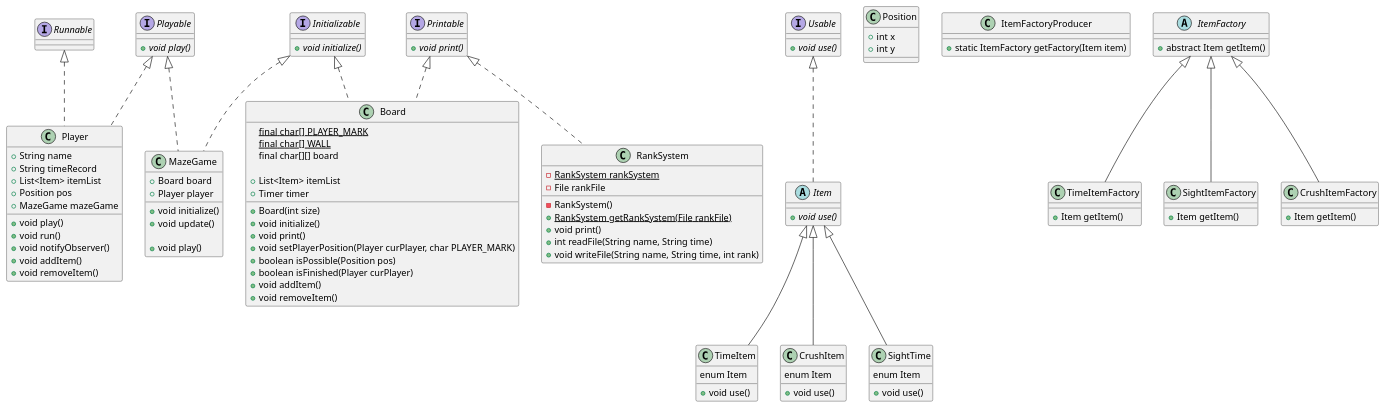
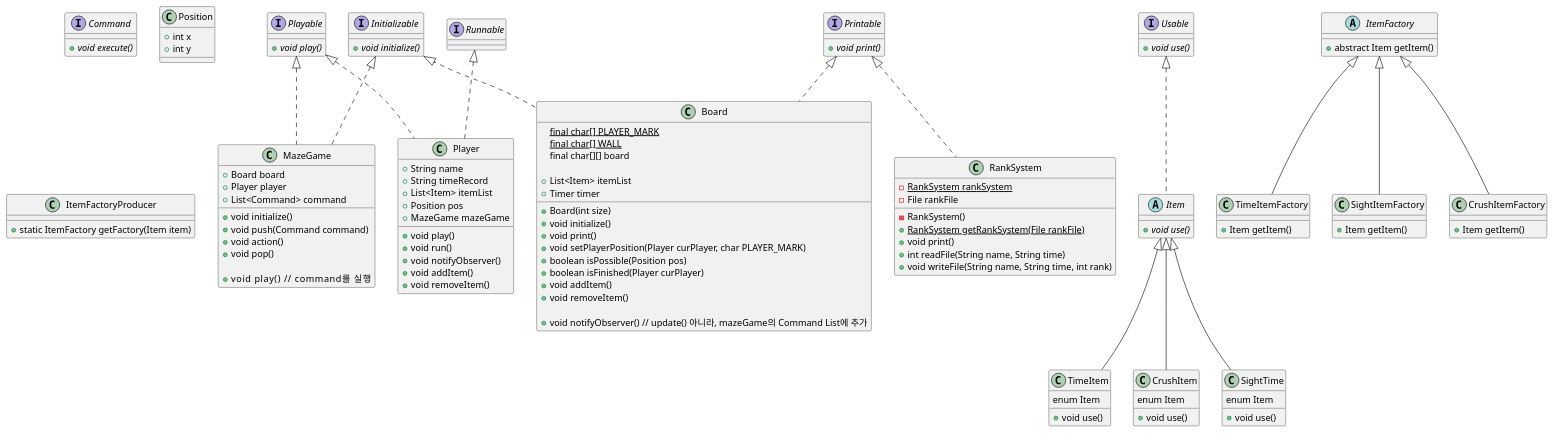
One commit to heyoon2j/maze-game changed the diagram in classDiagram.puml. Above: the diagram before and after it, drawn with PlantUML.

```diff
--- a/classDiagram.puml
+++ b/classDiagram.puml
@@ -1,115 +1,124 @@
 @startuml
 
 interface Playable {
     + {abstract} void play()
 }
 
 interface Printable {
     + {abstract} void print()
 }
 
 interface Initializable {
     + {abstract} void initialize()
 }
 
 interface Usable {
     + {abstract} void use()
 }
 
+interface Command {
+    + {abstract} void execute()
+}
+
 class Position {
     + int x
     + int y
 }
 
 class MazeGame implements Initializable, Playable {
     + Board board
     + Player player
+    + List<Command> command
 
     + void initialize()
-    + void update()
+    + void push(Command command)
+    + void action()
+    + void pop()
 
-    + void play()
+    + void play()       // command를 실행
 }
 
 class Player implements Playable, Runnable {
     + String name
     + String timeRecord
     + List<Item> itemList
     + Position pos
     + MazeGame mazeGame
 
     + void play()
     + void run()
     + void notifyObserver()
     + void addItem()
     + void removeItem()
 }
 
 class Board implements Initializable, Printable {
     {static} final char[] PLAYER_MARK
     {static} final char[] WALL
     final char[][] board
 
     + List<Item> itemList
     + Timer timer
 
     + Board(int size)
     + void initialize()
     + void print()
     + void setPlayerPosition(Player curPlayer, char PLAYER_MARK)
     + boolean isPossible(Position pos)
     + boolean isFinished(Player curPlayer)
     + void addItem()
     + void removeItem()
+
+    + void notifyObserver() // update() 아니라, mazeGame의 Command List에 추가
 }
 
 class ItemFactoryProducer {
     + static ItemFactory getFactory(Item item)
 }
 
 abstract class ItemFactory {
     + abstract Item getItem()
 }
 
 class TimeItemFactory extends ItemFactory {
     + Item getItem()
 }
 
 class SightItemFactory extends ItemFactory {
     + Item getItem()
 }
 
 class CrushItemFactory extends ItemFactory {
     + Item getItem()
 }
 
 abstract class Item implements Usable {
     + {abstract} void use()
 }
 
 class TimeItem extends Item {
     enum Item
     + void use()
 }
 
 class CrushItem extends Item {
     enum Item
     + void use()
 }
 
 class SightTime extends Item {
     enum Item
     + void use()
 }
 
 class RankSystem implements Printable {
     - {static} RankSystem rankSystem
     - File rankFile
     - RankSystem()
     + {static} RankSystem getRankSystem(File rankFile)
     + void print()
     + int readFile(String name, String time)
     + void writeFile(String name, String time, int rank)
 }
 
 @enduml
```
